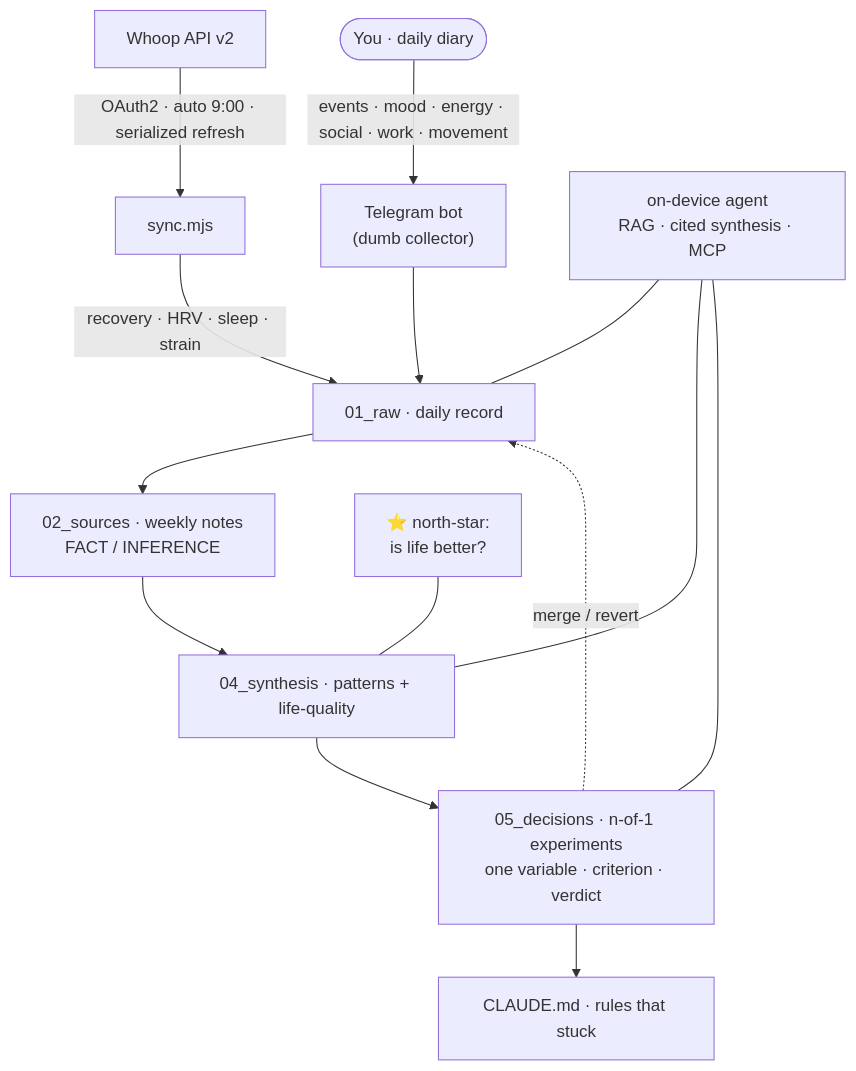
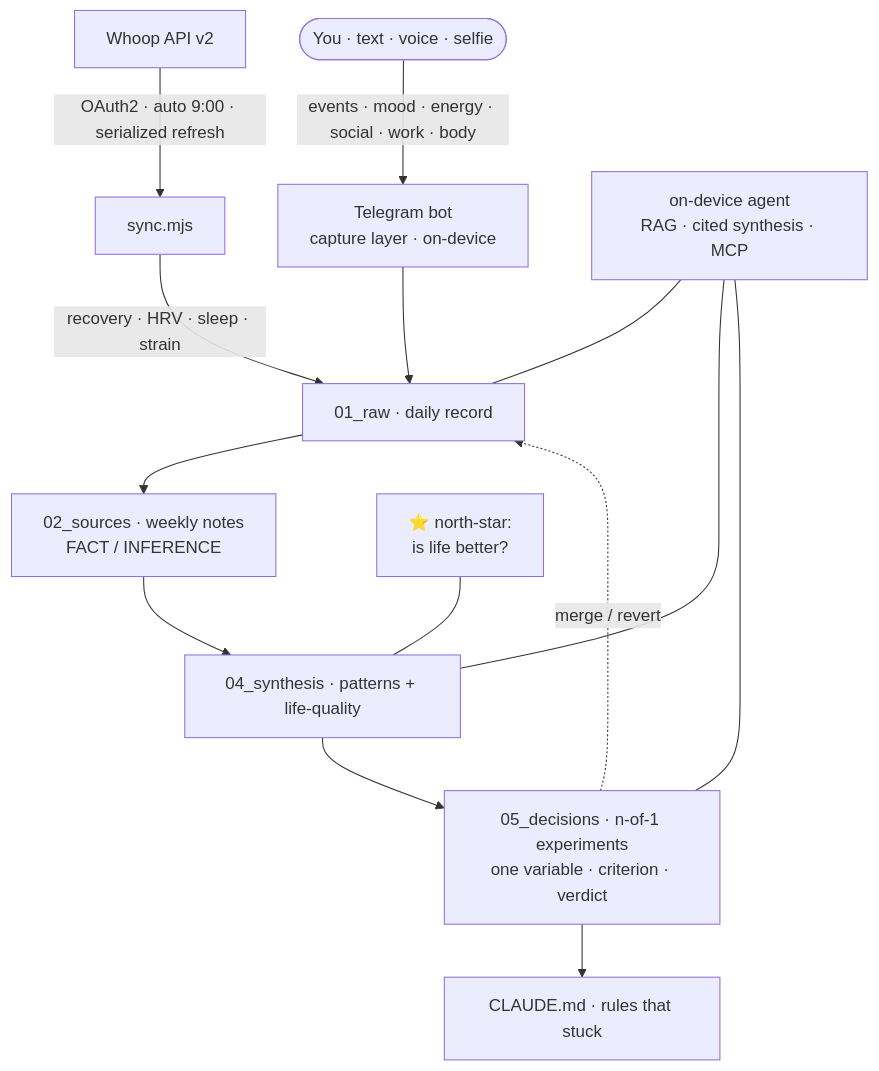
One commit to cryptoyoginya/harness-health-engineering changed the first of 2 diagrams in README.md. Above: the diagram before and after it, drawn with Mermaid. The commit also changed other lines of this file, not shown here.

````diff
--- a/README.md
+++ b/README.md
@@ -80,17 +80,17 @@
 ```mermaid
 flowchart TD
     W["Whoop API v2"] -->|"OAuth2 · auto 9:00 · serialized refresh"| SYNC["sync.mjs"]
-    H(["You · daily diary"]) -->|"events · mood · energy · social · work · movement"| BOT["Telegram bot<br/>(dumb collector)"]
+    H(["You · text · voice · selfie"]) -->|"events · mood · energy · social · work · body"| BOT["Telegram bot<br/>capture layer · on-device"]
     SYNC -->|"recovery · HRV · sleep · strain"| RAW["01_raw · daily record"]
     BOT --> RAW
     RAW --> SRC["02_sources · weekly notes<br/>FACT / INFERENCE"]
     SRC --> SYN["04_synthesis · patterns + life-quality"]
     SYN --> EXP["05_decisions · n-of-1 experiments<br/>one variable · criterion · verdict"]
     EXP --> RULE["CLAUDE.md · rules that stuck"]
     EXP -.->|"merge / revert"| RAW
     NS["⭐ north-star:<br/>is life better?"] --- SYN
 
     AGENT["on-device agent<br/>RAG · cited synthesis · MCP"] --- RAW
     AGENT --- SYN
     AGENT --- EXP
 ```
````
